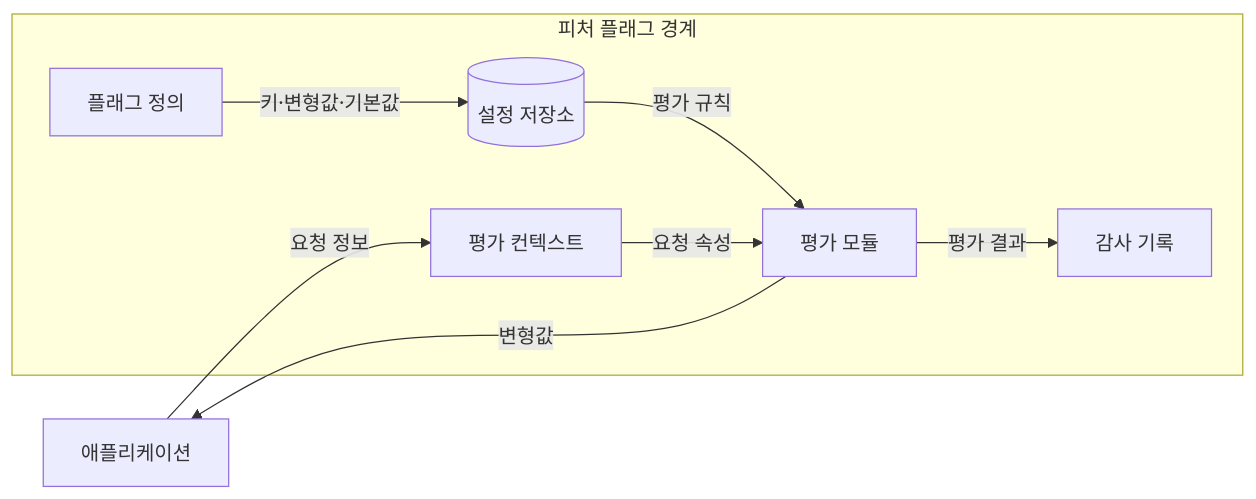
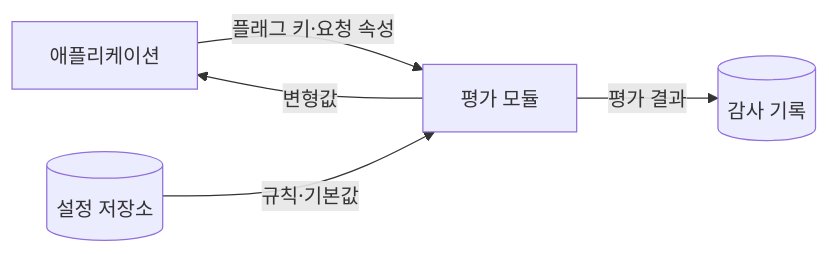
The first of 2 diagrams in src/content/docs/notes/03-software/064_feature_flag.md (agnusdei1207/knowledge-base), drawn with Mermaid before and after one commit. The commit also changed other lines of this file and 7 other files, not shown here.

````diff
--- a/src/content/docs/notes/03-software/064_feature_flag.md
+++ b/src/content/docs/notes/03-software/064_feature_flag.md
@@ -61,17 +53,7 @@
 ```mermaid
 flowchart LR
-    A[애플리케이션]
-    subgraph F[피처 플래그 경계]
-        D[플래그 정의]
-        C[평가 컨텍스트]
-        E[평가 모듈]
-        S[(설정 저장소)]
-        L[감사 기록]
-        D -->|키·변형값·기본값| S
-        S -->|평가 규칙| E
-        C -->|요청 속성| E
-        E -->|평가 결과| L
-    end
-    A -->|요청 정보| C
+    A[애플리케이션] -->|플래그 키·요청 속성| E[평가 모듈]
+    S[(설정 저장소)] -->|규칙·기본값| E
     E -->|변형값| A
+    E -->|평가 결과| L[(감사 기록)]
 ```
````
